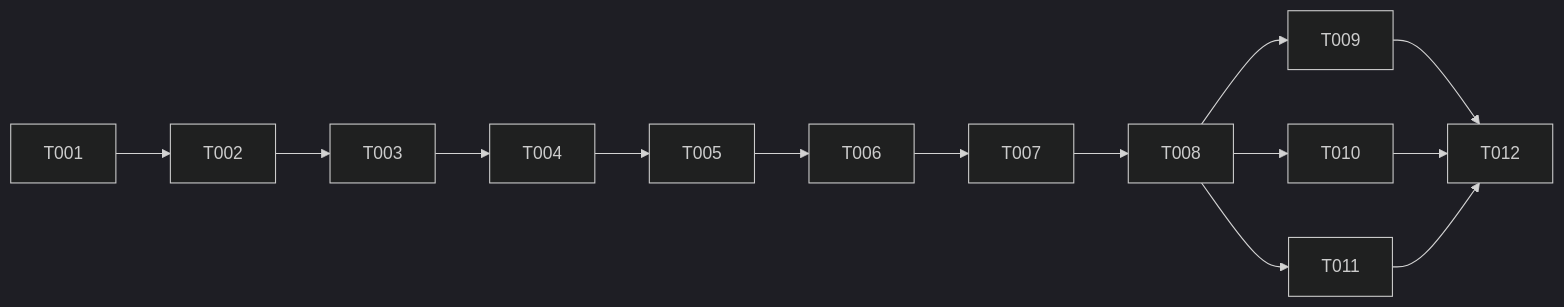
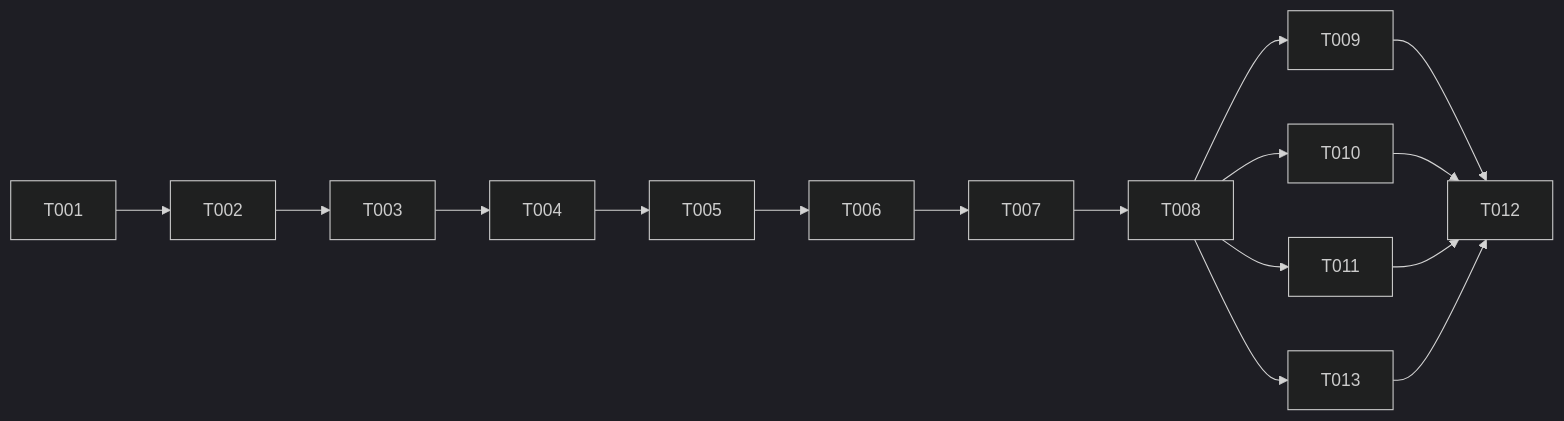
The diagram in specs/002-streaming-completions/tasks.md (UnderUndre/undrecreaitwins), drawn with Mermaid (dark theme) before and after one commit. The commit also changed other lines of this file and 5 other files, not shown here.

````diff
--- a/specs/002-streaming-completions/tasks.md
+++ b/specs/002-streaming-completions/tasks.md
@@ -80,14 +114,15 @@
 ```mermaid
 graph LR
     T001 --> T002
     T002 --> T003
     T003 --> T004
     T004 --> T005
     T005 --> T006
     T006 --> T007
     T007 --> T008
     T008 --> T009
     T008 --> T010
     T008 --> T011
-    T009 & T010 & T011 --> T012
+    T008 --> T013
+    T009 & T010 & T011 & T013 --> T012
 ```
````
